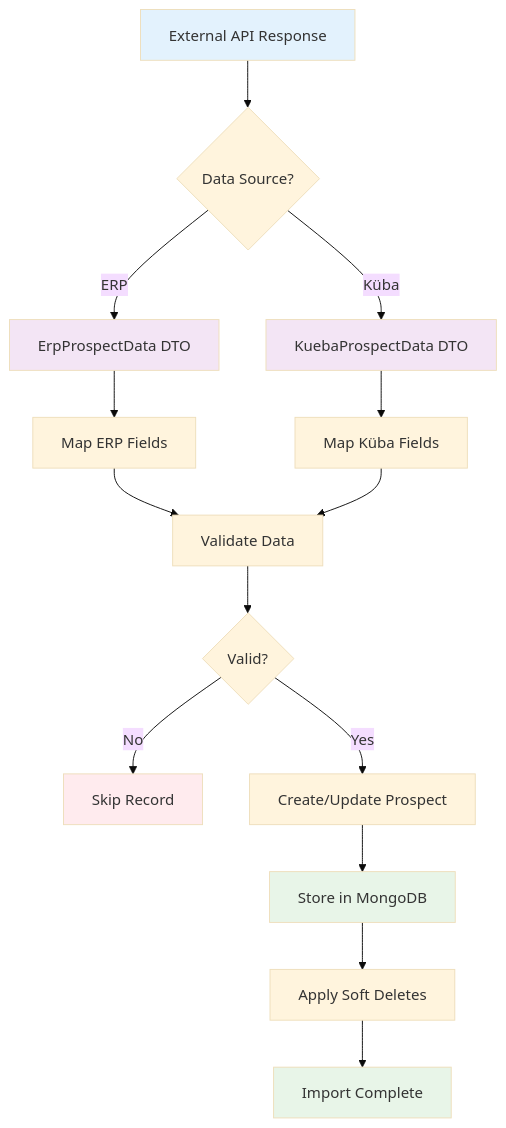
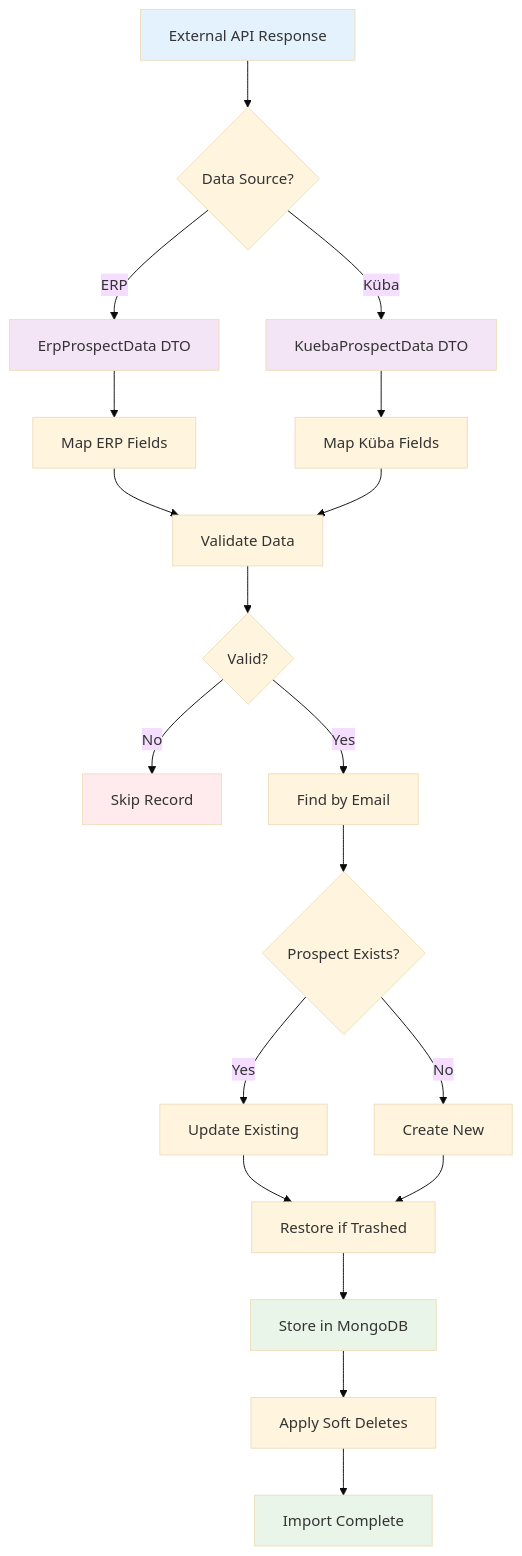
One commit to chrisoco/APDE_BE changed the fifth of 9 diagrams in docs/src/Prospects.md. Above: the diagram before and after it, drawn with Mermaid (base theme). The commit also changed other lines of this file and 7 other files, not shown here.

````diff
--- a/docs/src/Prospects.md
+++ b/docs/src/Prospects.md
@@ -211,28 +249,34 @@
 ```mermaid
 flowchart TD
     A[External API Response] --> B{Data Source?}
     
     B -->|ERP| C[ErpProspectData DTO]
     B -->|Küba| D[KuebaProspectData DTO]
     
     C --> E[Map ERP Fields]
     D --> F[Map Küba Fields]
     
     E --> G[Validate Data]
     F --> G
     
     G --> H{Valid?}
     H -->|No| I[Skip Record]
-    H -->|Yes| J[Create/Update Prospect]
+    H -->|Yes| J[Find by Email]
     
-    J --> K[Store in MongoDB]
-    K --> L[Apply Soft Deletes]
-    L --> M[Import Complete]
+    J --> K{Prospect Exists?}
+    K -->|Yes| L[Update Existing]
+    K -->|No| M[Create New]
+    
+    L --> N[Restore if Trashed]
+    M --> N
+    N --> O[Store in MongoDB]
+    O --> P[Apply Soft Deletes]
+    P --> Q[Import Complete]
     
     style A fill:#e3f2fd
     style C fill:#f3e5f5
     style D fill:#f3e5f5
-    style K fill:#e8f5e8
+    style O fill:#e8f5e8
     style I fill:#ffebee
-    style M fill:#e8f5e8
+    style Q fill:#e8f5e8
 ```
````
